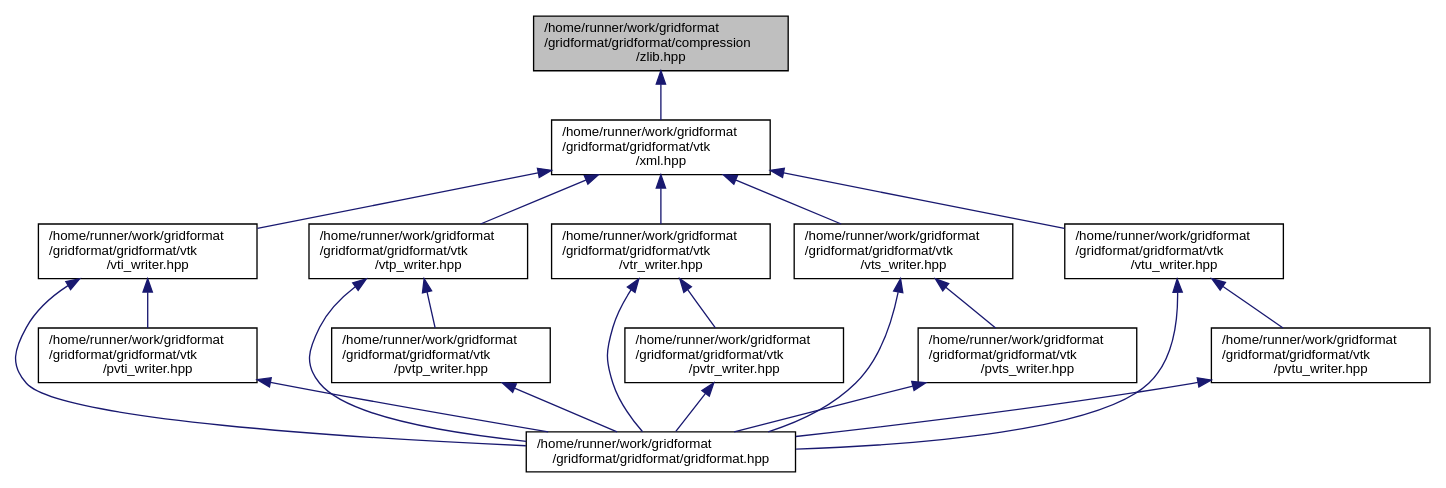
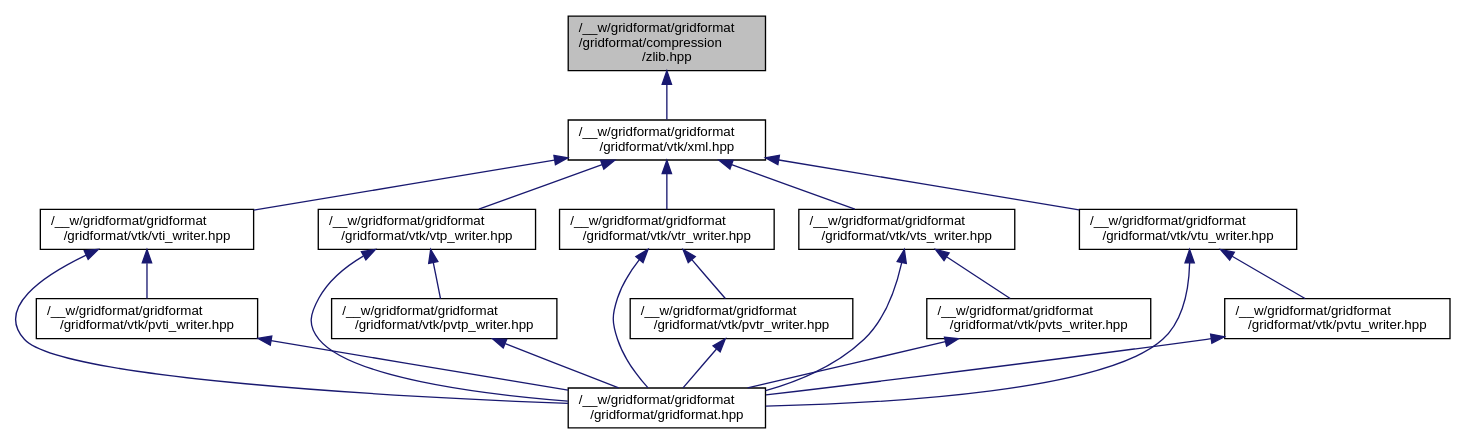
The diagram in zlib_8hpp__dep__incl.dot (dglaeser/gridformat), drawn with Graphviz before and after one commit. The commit also changed 329 other files, not shown here.

```diff
--- a/zlib_8hpp__dep__incl.dot
+++ b/zlib_8hpp__dep__incl.dot
@@ -1,40 +1,40 @@
-digraph "/home/runner/work/gridformat/gridformat/gridformat/compression/zlib.hpp"
+digraph "/__w/gridformat/gridformat/gridformat/compression/zlib.hpp"
 {
  // LATEX_PDF_SIZE
   edge [fontname="Helvetica",fontsize="10",labelfontname="Helvetica",labelfontsize="10"];
   node [fontname="Helvetica",fontsize="10",shape=record];
-  Node1 [label="/home/runner/work/gridformat\l/gridformat/gridformat/compression\l/zlib.hpp",height=0.2,width=0.4,color="black", fillcolor="grey75", style="filled", fontcolor="black",tooltip="Compressor using the ZLIB library."];
+  Node1 [label="/__w/gridformat/gridformat\l/gridformat/compression\l/zlib.hpp",height=0.2,width=0.4,color="black", fillcolor="grey75", style="filled", fontcolor="black",tooltip="Compressor using the ZLIB library."];
   Node1 -> Node2 [dir="back",color="midnightblue",fontsize="10",style="solid",fontname="Helvetica"];
-  Node2 [label="/home/runner/work/gridformat\l/gridformat/gridformat/vtk\l/xml.hpp",height=0.2,width=0.4,color="black", fillcolor="white", style="filled",URL="$xml_8hpp.html",tooltip="Base class for VTK XML-type file format writers."];
+  Node2 [label="/__w/gridformat/gridformat\l/gridformat/vtk/xml.hpp",height=0.2,width=0.4,color="black", fillcolor="white", style="filled",URL="$xml_8hpp.html",tooltip="Base class for VTK XML-type file format writers."];
   Node2 -> Node3 [dir="back",color="midnightblue",fontsize="10",style="solid",fontname="Helvetica"];
-  Node3 [label="/home/runner/work/gridformat\l/gridformat/gridformat/vtk\l/vti_writer.hpp",height=0.2,width=0.4,color="black", fillcolor="white", style="filled",URL="$vti__writer_8hpp.html",tooltip="Writer for .vti file format."];
+  Node3 [label="/__w/gridformat/gridformat\l/gridformat/vtk/vti_writer.hpp",height=0.2,width=0.4,color="black", fillcolor="white", style="filled",URL="$vti__writer_8hpp.html",tooltip="Writer for .vti file format."];
   Node3 -> Node4 [dir="back",color="midnightblue",fontsize="10",style="solid",fontname="Helvetica"];
-  Node4 [label="/home/runner/work/gridformat\l/gridformat/gridformat/gridformat.hpp",height=0.2,width=0.4,color="black", fillcolor="white", style="filled",URL="$gridformat_8hpp.html",tooltip="This file is the entrypoint to the high-level API exposing all provided writers through a unified int..."];
+  Node4 [label="/__w/gridformat/gridformat\l/gridformat/gridformat.hpp",height=0.2,width=0.4,color="black", fillcolor="white", style="filled",URL="$gridformat_8hpp.html",tooltip="This file is the entrypoint to the high-level API exposing all provided writers through a unified int..."];
   Node3 -> Node5 [dir="back",color="midnightblue",fontsize="10",style="solid",fontname="Helvetica"];
-  Node5 [label="/home/runner/work/gridformat\l/gridformat/gridformat/vtk\l/pvti_writer.hpp",height=0.2,width=0.4,color="black", fillcolor="white", style="filled",URL="$pvti__writer_8hpp.html",tooltip="Writer for parallel .pvti files."];
+  Node5 [label="/__w/gridformat/gridformat\l/gridformat/vtk/pvti_writer.hpp",height=0.2,width=0.4,color="black", fillcolor="white", style="filled",URL="$pvti__writer_8hpp.html",tooltip="Writer for parallel .pvti files."];
   Node5 -> Node4 [dir="back",color="midnightblue",fontsize="10",style="solid",fontname="Helvetica"];
   Node2 -> Node6 [dir="back",color="midnightblue",fontsize="10",style="solid",fontname="Helvetica"];
-  Node6 [label="/home/runner/work/gridformat\l/gridformat/gridformat/vtk\l/vtp_writer.hpp",height=0.2,width=0.4,color="black", fillcolor="white", style="filled",URL="$vtp__writer_8hpp.html",tooltip="Writer for .vtu file format."];
+  Node6 [label="/__w/gridformat/gridformat\l/gridformat/vtk/vtp_writer.hpp",height=0.2,width=0.4,color="black", fillcolor="white", style="filled",URL="$vtp__writer_8hpp.html",tooltip="Writer for .vtu file format."];
   Node6 -> Node4 [dir="back",color="midnightblue",fontsize="10",style="solid",fontname="Helvetica"];
   Node6 -> Node7 [dir="back",color="midnightblue",fontsize="10",style="solid",fontname="Helvetica"];
-  Node7 [label="/home/runner/work/gridformat\l/gridformat/gridformat/vtk\l/pvtp_writer.hpp",height=0.2,width=0.4,color="black", fillcolor="white", style="filled",URL="$pvtp__writer_8hpp.html",tooltip="Writer for parallel .pvtu files."];
+  Node7 [label="/__w/gridformat/gridformat\l/gridformat/vtk/pvtp_writer.hpp",height=0.2,width=0.4,color="black", fillcolor="white", style="filled",URL="$pvtp__writer_8hpp.html",tooltip="Writer for parallel .pvtu files."];
   Node7 -> Node4 [dir="back",color="midnightblue",fontsize="10",style="solid",fontname="Helvetica"];
   Node2 -> Node8 [dir="back",color="midnightblue",fontsize="10",style="solid",fontname="Helvetica"];
-  Node8 [label="/home/runner/work/gridformat\l/gridformat/gridformat/vtk\l/vtr_writer.hpp",height=0.2,width=0.4,color="black", fillcolor="white", style="filled",URL="$vtr__writer_8hpp.html",tooltip="Writer for .vtr file format."];
+  Node8 [label="/__w/gridformat/gridformat\l/gridformat/vtk/vtr_writer.hpp",height=0.2,width=0.4,color="black", fillcolor="white", style="filled",URL="$vtr__writer_8hpp.html",tooltip="Writer for .vtr file format."];
   Node8 -> Node4 [dir="back",color="midnightblue",fontsize="10",style="solid",fontname="Helvetica"];
   Node8 -> Node9 [dir="back",color="midnightblue",fontsize="10",style="solid",fontname="Helvetica"];
-  Node9 [label="/home/runner/work/gridformat\l/gridformat/gridformat/vtk\l/pvtr_writer.hpp",height=0.2,width=0.4,color="black", fillcolor="white", style="filled",URL="$pvtr__writer_8hpp.html",tooltip="Writer for parallel .pvtr files."];
+  Node9 [label="/__w/gridformat/gridformat\l/gridformat/vtk/pvtr_writer.hpp",height=0.2,width=0.4,color="black", fillcolor="white", style="filled",URL="$pvtr__writer_8hpp.html",tooltip="Writer for parallel .pvtr files."];
   Node9 -> Node4 [dir="back",color="midnightblue",fontsize="10",style="solid",fontname="Helvetica"];
   Node2 -> Node10 [dir="back",color="midnightblue",fontsize="10",style="solid",fontname="Helvetica"];
-  Node10 [label="/home/runner/work/gridformat\l/gridformat/gridformat/vtk\l/vts_writer.hpp",height=0.2,width=0.4,color="black", fillcolor="white", style="filled",URL="$vts__writer_8hpp.html",tooltip="Writer for .vts file format."];
+  Node10 [label="/__w/gridformat/gridformat\l/gridformat/vtk/vts_writer.hpp",height=0.2,width=0.4,color="black", fillcolor="white", style="filled",URL="$vts__writer_8hpp.html",tooltip="Writer for .vts file format."];
   Node10 -> Node4 [dir="back",color="midnightblue",fontsize="10",style="solid",fontname="Helvetica"];
   Node10 -> Node11 [dir="back",color="midnightblue",fontsize="10",style="solid",fontname="Helvetica"];
-  Node11 [label="/home/runner/work/gridformat\l/gridformat/gridformat/vtk\l/pvts_writer.hpp",height=0.2,width=0.4,color="black", fillcolor="white", style="filled",URL="$pvts__writer_8hpp.html",tooltip="Writer for parallel .pvts files."];
+  Node11 [label="/__w/gridformat/gridformat\l/gridformat/vtk/pvts_writer.hpp",height=0.2,width=0.4,color="black", fillcolor="white", style="filled",URL="$pvts__writer_8hpp.html",tooltip="Writer for parallel .pvts files."];
   Node11 -> Node4 [dir="back",color="midnightblue",fontsize="10",style="solid",fontname="Helvetica"];
   Node2 -> Node12 [dir="back",color="midnightblue",fontsize="10",style="solid",fontname="Helvetica"];
-  Node12 [label="/home/runner/work/gridformat\l/gridformat/gridformat/vtk\l/vtu_writer.hpp",height=0.2,width=0.4,color="black", fillcolor="white", style="filled",URL="$vtu__writer_8hpp.html",tooltip="Writer for .vtu file format."];
+  Node12 [label="/__w/gridformat/gridformat\l/gridformat/vtk/vtu_writer.hpp",height=0.2,width=0.4,color="black", fillcolor="white", style="filled",URL="$vtu__writer_8hpp.html",tooltip="Writer for .vtu file format."];
   Node12 -> Node4 [dir="back",color="midnightblue",fontsize="10",style="solid",fontname="Helvetica"];
   Node12 -> Node13 [dir="back",color="midnightblue",fontsize="10",style="solid",fontname="Helvetica"];
-  Node13 [label="/home/runner/work/gridformat\l/gridformat/gridformat/vtk\l/pvtu_writer.hpp",height=0.2,width=0.4,color="black", fillcolor="white", style="filled",URL="$pvtu__writer_8hpp.html",tooltip="Writer for parallel .pvtu files."];
+  Node13 [label="/__w/gridformat/gridformat\l/gridformat/vtk/pvtu_writer.hpp",height=0.2,width=0.4,color="black", fillcolor="white", style="filled",URL="$pvtu__writer_8hpp.html",tooltip="Writer for parallel .pvtu files."];
   Node13 -> Node4 [dir="back",color="midnightblue",fontsize="10",style="solid",fontname="Helvetica"];
 }
```
